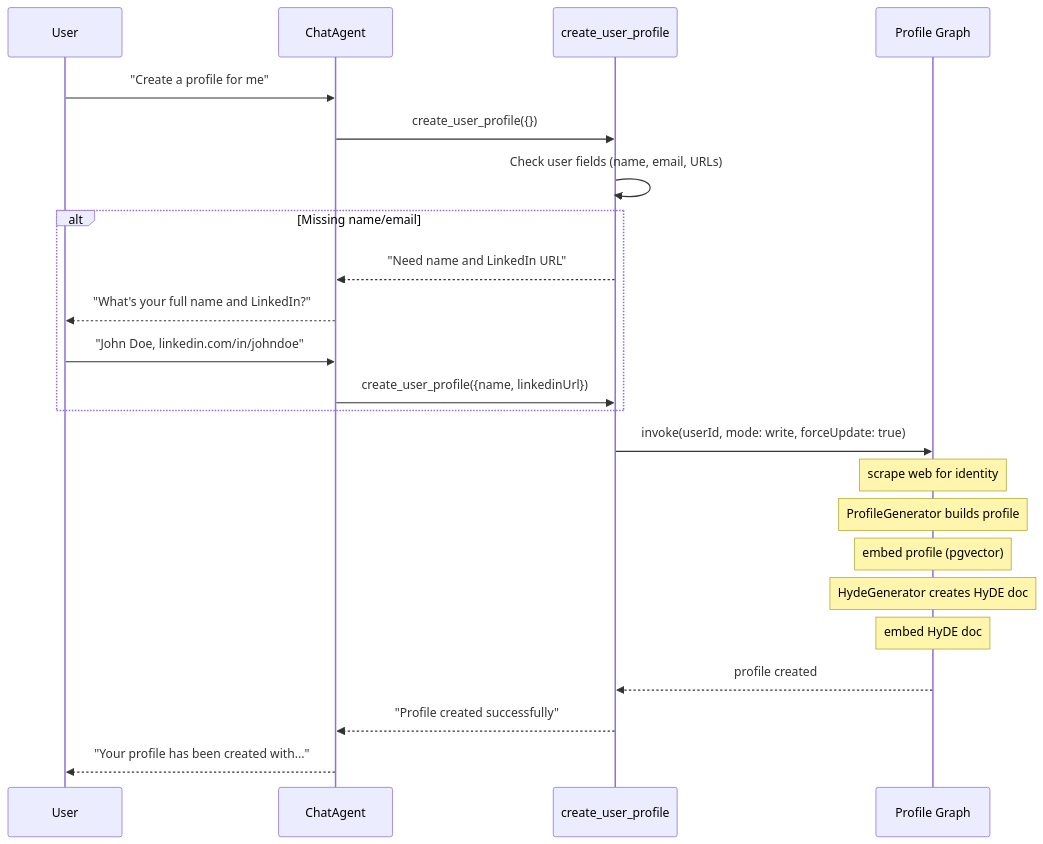
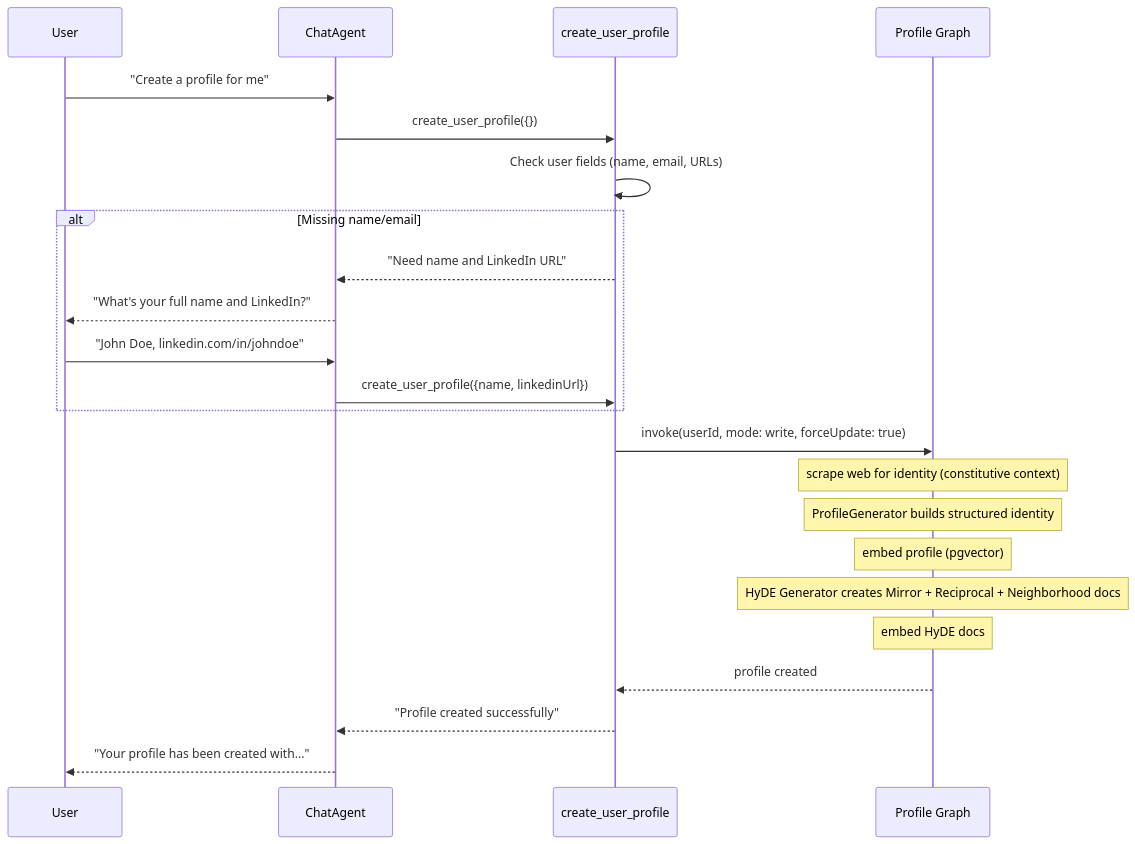
Before and after one commit to yanekyuk/index: the third of 5 diagrams in packages/protocol/src/README.md, drawn with Mermaid. The commit also changed other lines of this file, not shown here.

````diff
--- a/packages/protocol/src/README.md
+++ b/packages/protocol/src/README.md
@@ -127,26 +174,26 @@
 ```mermaid
 sequenceDiagram
     participant User
     participant Agent as ChatAgent
     participant PT as create_user_profile
     participant PG as Profile Graph
 
     User->>Agent: "Create a profile for me"
     Agent->>PT: create_user_profile({})
     PT->>PT: Check user fields (name, email, URLs)
     alt Missing name/email
         PT-->>Agent: "Need name and LinkedIn URL"
         Agent-->>User: "What's your full name and LinkedIn?"
         User->>Agent: "John Doe, linkedin.com/in/johndoe"
         Agent->>PT: create_user_profile({name, linkedinUrl})
     end
     PT->>PG: invoke(userId, mode: write, forceUpdate: true)
-    Note over PG: scrape web for identity
-    Note over PG: ProfileGenerator builds profile
+    Note over PG: scrape web for identity (constitutive context)
+    Note over PG: ProfileGenerator builds structured identity
     Note over PG: embed profile (pgvector)
-    Note over PG: HydeGenerator creates HyDE doc
-    Note over PG: embed HyDE doc
+    Note over PG: HyDE Generator creates Mirror + Reciprocal + Neighborhood docs
+    Note over PG: embed HyDE docs
     PG-->>PT: profile created
     PT-->>Agent: "Profile created successfully"
     Agent-->>User: "Your profile has been created with..."
 ```
````
